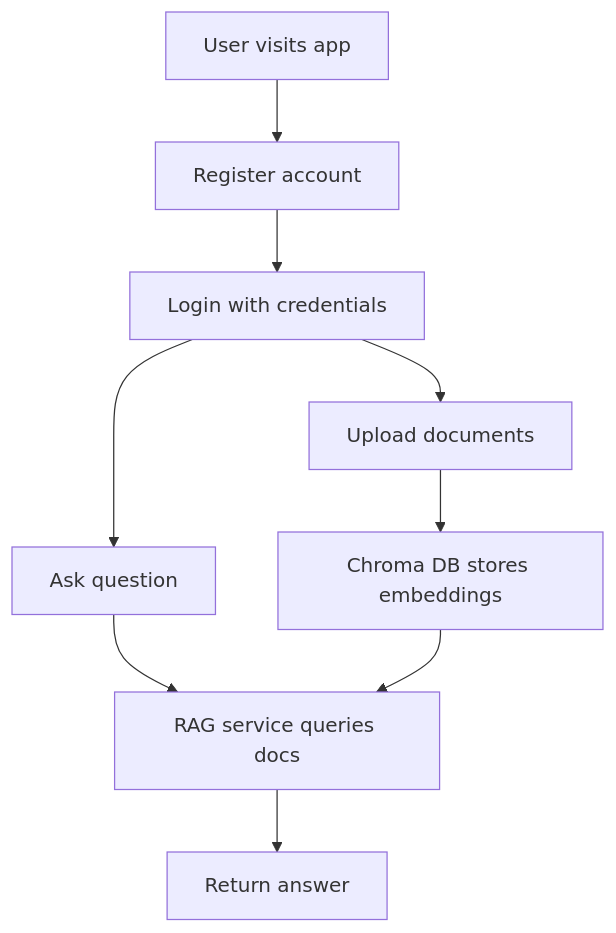
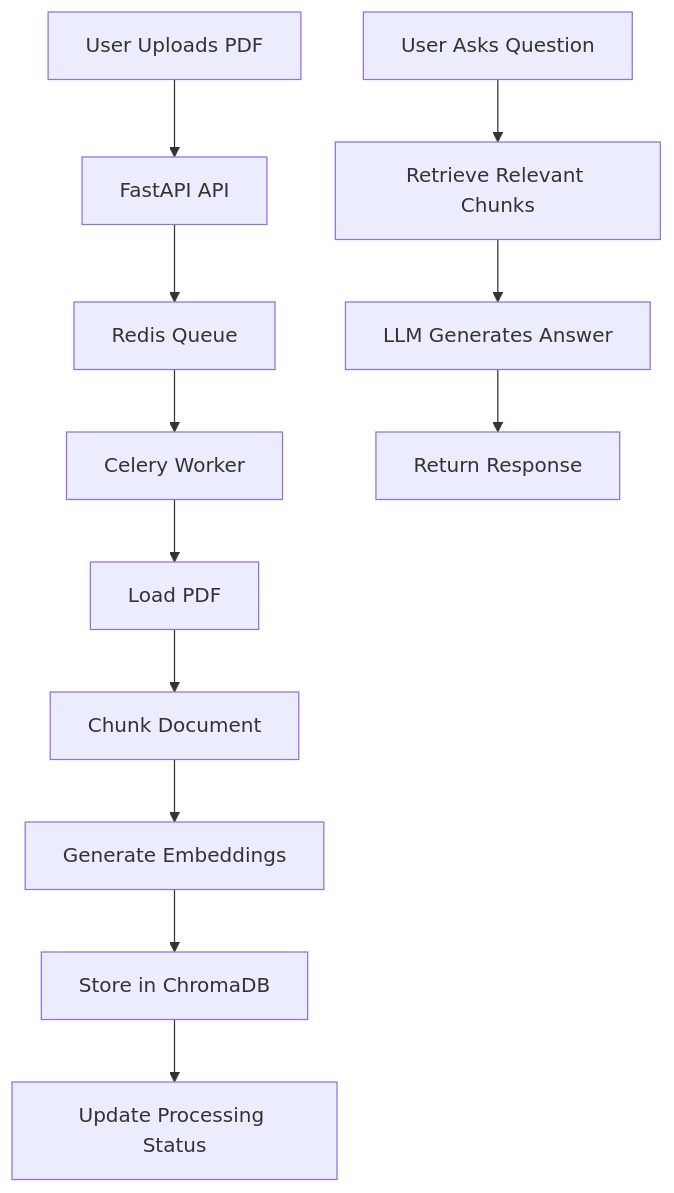
Before and after one commit to PriyanshGupta2002/doc_query_backend_rag: the second of 2 diagrams in README.md, drawn with Mermaid. The commit also changed other lines of this file and 10 other files, not shown here.

Commit message:
added celery and redis for background tasks

````diff
--- a/README.md
+++ b/README.md
@@ -15,11 +119,27 @@
 ```mermaid
 flowchart TD
-    A[User visits app] --> B[Register account]
-    B --> C[Login with credentials]
-    C --> D[Upload documents]
-    D --> E[Chroma DB stores embeddings]
-    C --> F[Ask question]
-    F --> G[RAG service queries docs]
-    G --> H[Return answer]
-    E --> G
+
+    A[User Uploads PDF]
+    --> B[FastAPI API]
+
+    B --> C[Redis Queue]
+
+    C --> D[Celery Worker]
+
+    D --> E[Load PDF]
+
+    E --> F[Chunk Document]
+
+    F --> G[Generate Embeddings]
+
+    G --> H[Store in ChromaDB]
+
+    H --> I[Update Processing Status]
+
+    J[User Asks Question]
+    --> K[Retrieve Relevant Chunks]
+
+    K --> L[LLM Generates Answer]
+
+    L --> M[Return Response]
 ```
````
